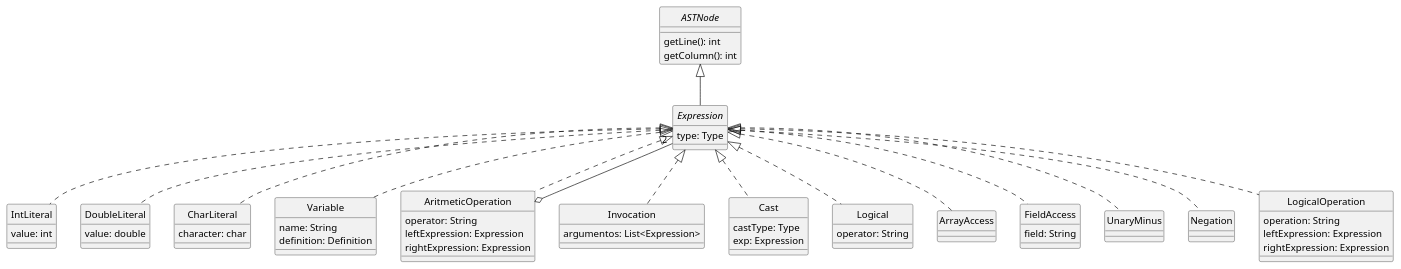
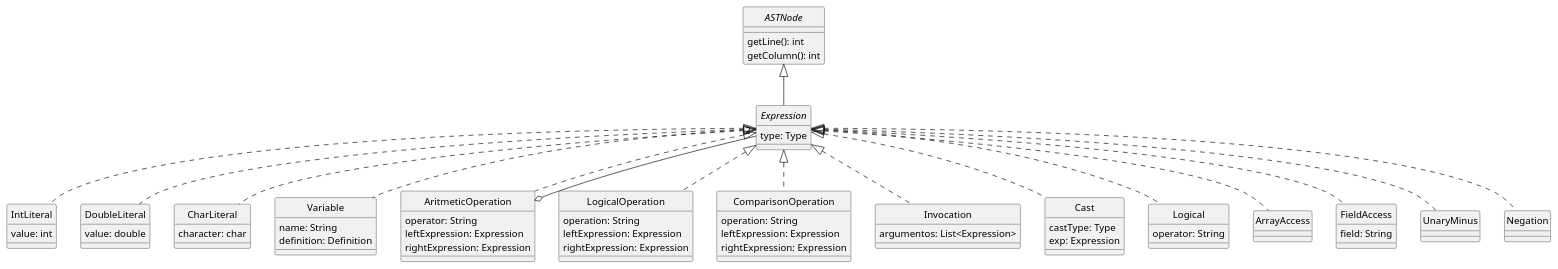
Before and after one commit to JonathanAriass/dlp-examen: the diagram in docs/diagrams/expressions.plantuml, drawn with PlantUML. The commit also changed 8 other files, not shown here.

```diff
--- a/docs/diagrams/expressions.plantuml
+++ b/docs/diagrams/expressions.plantuml
@@ -1,78 +1,86 @@
 @startuml Expressions
 skinparam style strictuml
 skinparam monochrome true
 
 
 interface ASTNode {
     getLine(): int
     getColumn(): int
 }
 
 interface Expression {
     type: Type
 }
 
 class IntLiteral {
     value: int
 }
 
 class DoubleLiteral {
     value: double
 }
 
 class CharLiteral {
     character: char
 }
 
 class Variable {
     name: String
     definition: Definition
 }
 
 class AritmeticOperation {
     operator: String
     leftExpression: Expression
     rightExpression: Expression
     ' Deben de poder ser evaluables
 }
 
+class LogicalOperation implements Expression {
+    operation: String
+    leftExpression: Expression
+    rightExpression: Expression
+'    En este caso deben de ser enteron para poder funcionar
+}
+
+class ComparisonOperation implements Expression {
+    operation: String
+    leftExpression: Expression
+    rightExpression: Expression
+}
+
 class Invocation implements Expression {
     argumentos: List<Expression>
 }
 
 class Cast {
     castType: Type
     exp: Expression
 }
 
 class Logical implements Expression {
     operator: String
 }
 
 class ArrayAccess implements Expression {
 }
 
 class FieldAccess implements Expression {
     field: String
 }
 
 class UnaryMinus implements Expression {}
 
 class Negation implements Expression {}
 
-class LogicalOperation implements Expression {
-    operation: String
-    leftExpression: Expression
-    rightExpression: Expression
-}
 
 ASTNode <|-- Expression
 Expression <|.. IntLiteral
 Expression <|.. DoubleLiteral
 Expression <|.. CharLiteral
 Expression <|.. Variable
 Expression <|.. AritmeticOperation
 AritmeticOperation o-- "2" Expression
 Expression <|.. Cast
 
 @enduml
```
